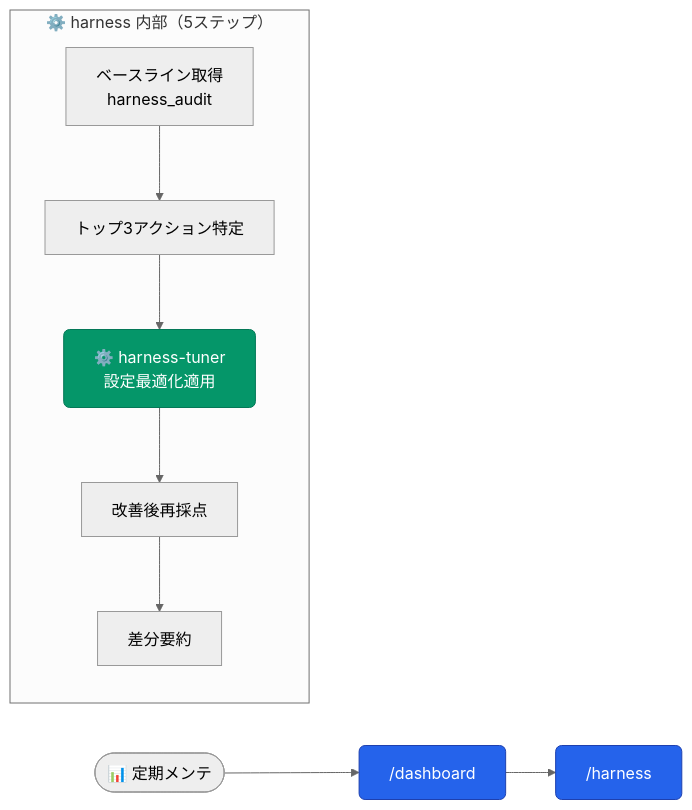
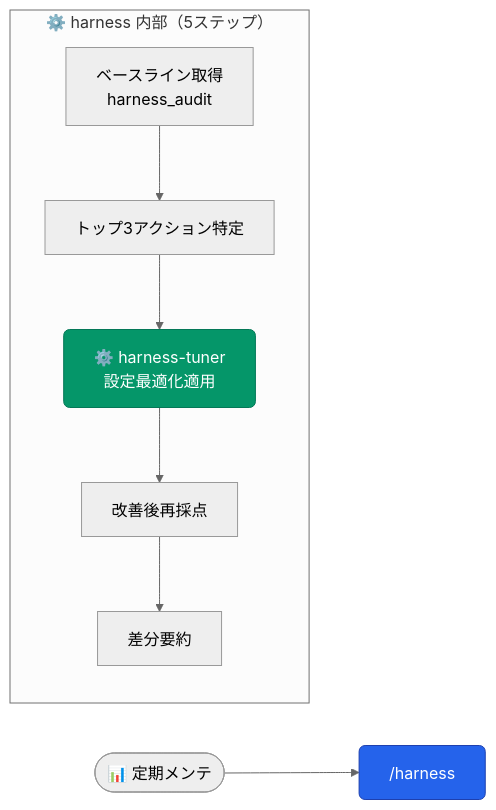
Before and after one commit to aokumablue/claq: the seventh of 12 diagrams in README.md, drawn with Mermaid (neutral theme). The commit also changed other lines of this file and 24 other files, not shown here.

````diff
--- a/README.md
+++ b/README.md
@@ -341,16 +340,15 @@
 ```mermaid
 flowchart LR
   classDef cmd    fill:#2563eb,stroke:#1e40af,color:#fff,rx:6
   classDef agent  fill:#059669,stroke:#047857,color:#fff,rx:6
 
-  U(["📊 定期メンテ"]) --> CD["/dashboard"]:::cmd
-  CD --> CH["/harness"]:::cmd
+  U(["📊 定期メンテ"]) --> CH["/harness"]:::cmd
 
   subgraph harness["⚙️ harness 内部（5ステップ）"]
     direction TB
     BASE["ベースライン取得<br/>harness_audit"] --> TOP["トップ3アクション特定"]
     TOP --> AHT["⚙️ harness-tuner<br/>設定最適化適用"]:::agent
     AHT --> RESC["改善後再採点"]
     RESC --> DIFF["差分要約"]
   end
 ```
````
